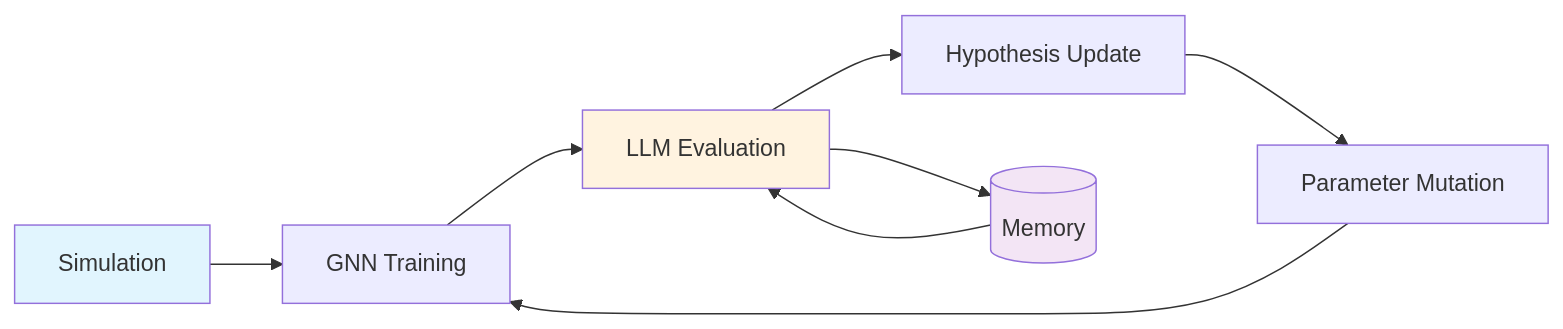
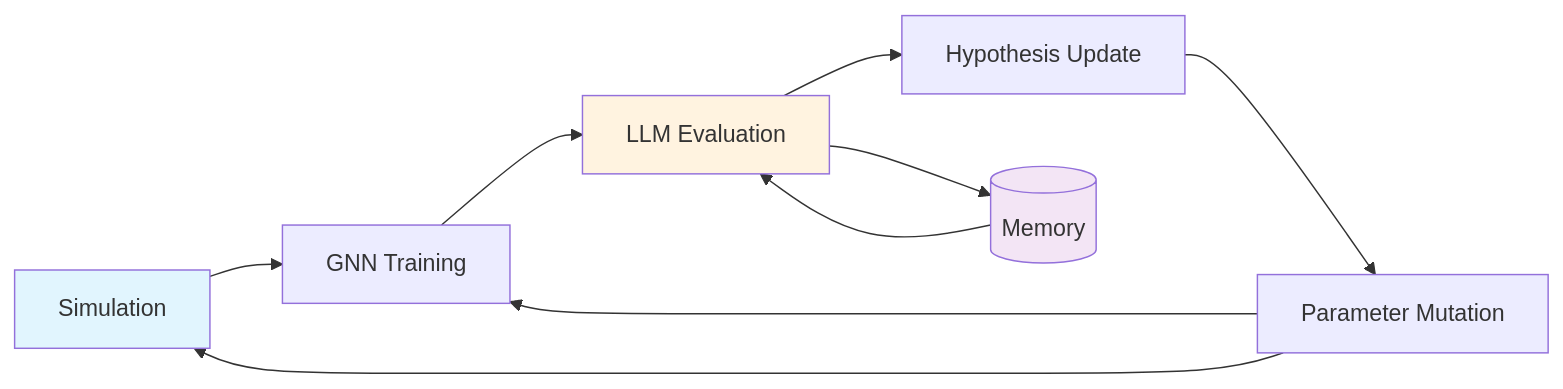
Before and after one commit to saalfeldlab/NeuralGraph: the diagram in index.qmd, drawn with Mermaid.

Commit message:
Fix exploration loop: add both mutation arrows
Parameter Mutation now points to both Simulation and GNN Training.

````diff
--- a/index.qmd
+++ b/index.qmd
@@ -20,16 +20,17 @@
 ```{mermaid}
 %%| fig-width: 8
 flowchart LR
     A[Simulation] --> B[GNN Training]
     B --> C[LLM Evaluation]
     C --> D[Hypothesis Update]
     D --> E[Parameter Mutation]
+    E --> A
     E --> B
 
     C --> F[(Memory)]
     F --> C
 
     style A fill:#e1f5fe
     style C fill:#fff3e0
     style F fill:#f3e5f5
 ```
````
